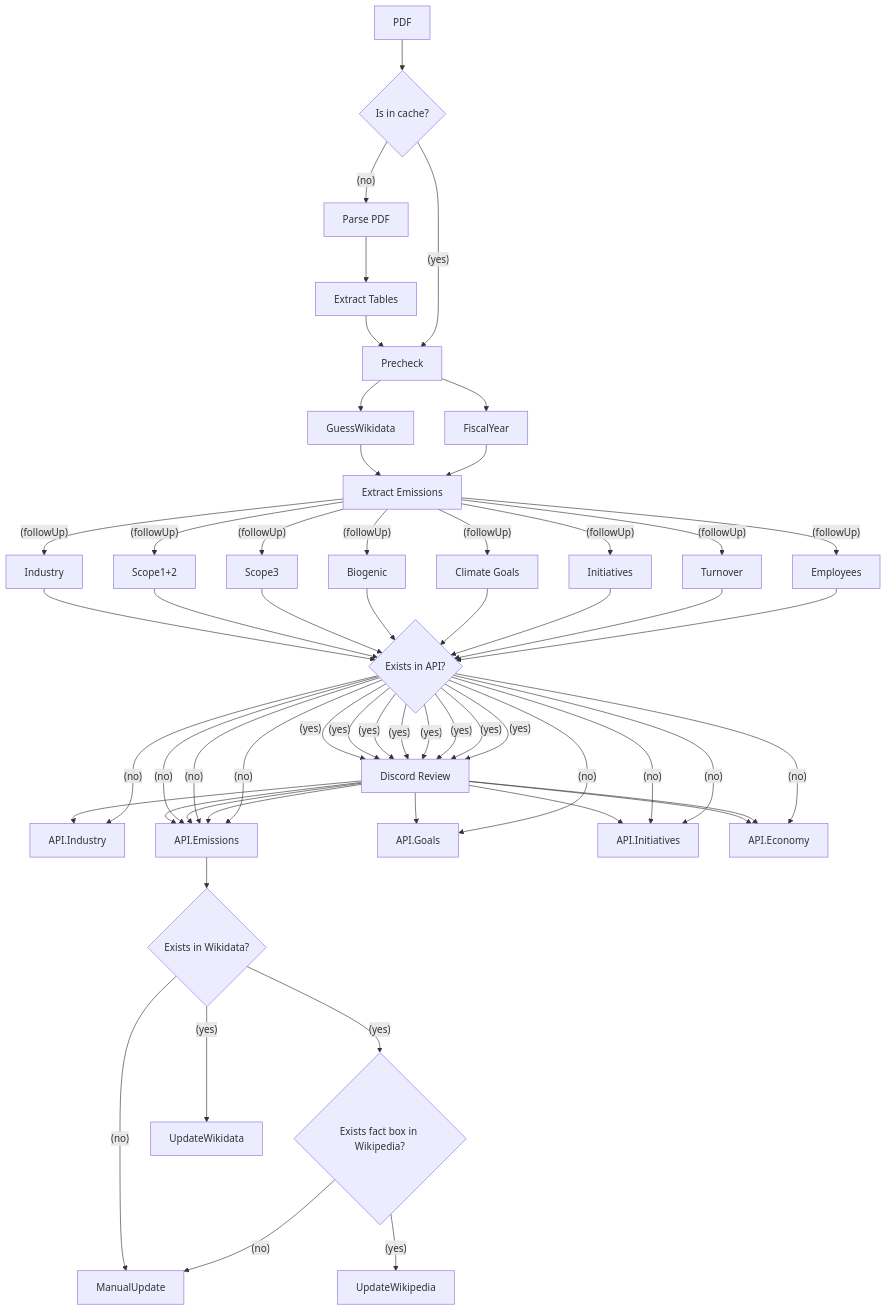
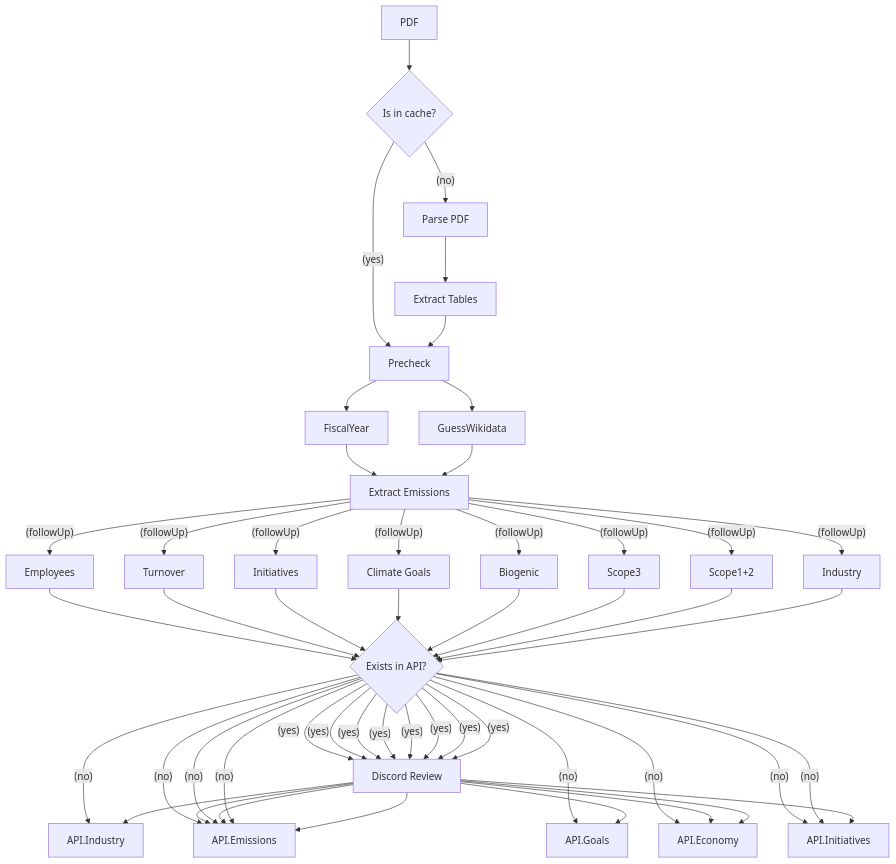
Before and after one commit to Klimatbyran/garbo: the diagram in README.md, drawn with Mermaid.

Commit message:
reset readme to main

````diff
--- a/README.md
+++ b/README.md
@@ -19,55 +19,39 @@
 ```mermaid
 flowchart TB
 
     PDF[PDF]
     Cache{Is in cache?}
     NLM[Parse PDF]
     Tables[Extract Tables]
     Emissions[Extract Emissions]
 
     Industry[Industry]
     Goals[Climate Goals]
     Review[Discord Review]
 
     Precheck --> GuessWikidata --> Emissions
     Precheck --> FiscalYear --> Emissions
 
     PDF --> Cache --(no)--> NLM --> Tables --> Precheck
 
     Cache --(yes)--> Precheck
 
     CheckDB{Exists in API?}
 
-
     Emissions --(followUp)--> Industry --> CheckDB --(yes)--> Review --> API.Industry
                                            CheckDB --(no)--> API.Industry
     Emissions --(followUp)--> Scope1+2 --> CheckDB --(yes)--> Review --> API.Emissions
                                            CheckDB --(no)--> API.Emissions
     Emissions --(followUp)--> Scope3 --> CheckDB --(yes)--> Review --> API.Emissions
                                            CheckDB --(no)--> API.Emissions
     Emissions --(followUp)--> Biogenic --> CheckDB --(yes)--> Review --> API.Emissions
                                            CheckDB --(no)--> API.Emissions
     Emissions --(followUp)--> Goals --> CheckDB --(yes)--> Review --> API.Goals
                                            CheckDB --(no)--> API.Goals
     Emissions --(followUp)--> Initiatives --> CheckDB --(yes)--> Review --> API.Initiatives
                                            CheckDB --(no)--> API.Initiatives
     Emissions --(followUp)--> Turnover --> CheckDB --(yes)--> Review --> API.Economy
                                            CheckDB --(no)--> API.Initiatives
     Emissions --(followUp)--> Employees --> CheckDB --(yes)--> Review --> API.Economy
                                            CheckDB --(no)--> API.Economy
-
-
-    CheckWikidata{Exists in Wikidata?}
-    CheckWikipedia{Exists fact box in Wikipedia?}
-
-    API.Emissions --> CheckWikidata
-    CheckWikidata --(yes)--> UpdateWikidata
-    CheckWikidata --(no)--> ManualUpdate
-    CheckWikidata --(yes)--> CheckWikipedia
-
-    CheckWikipedia --(yes)--> UpdateWikipedia
-    CheckWikipedia --(no)--> ManualUpdate
-
-
-
 ```
````
